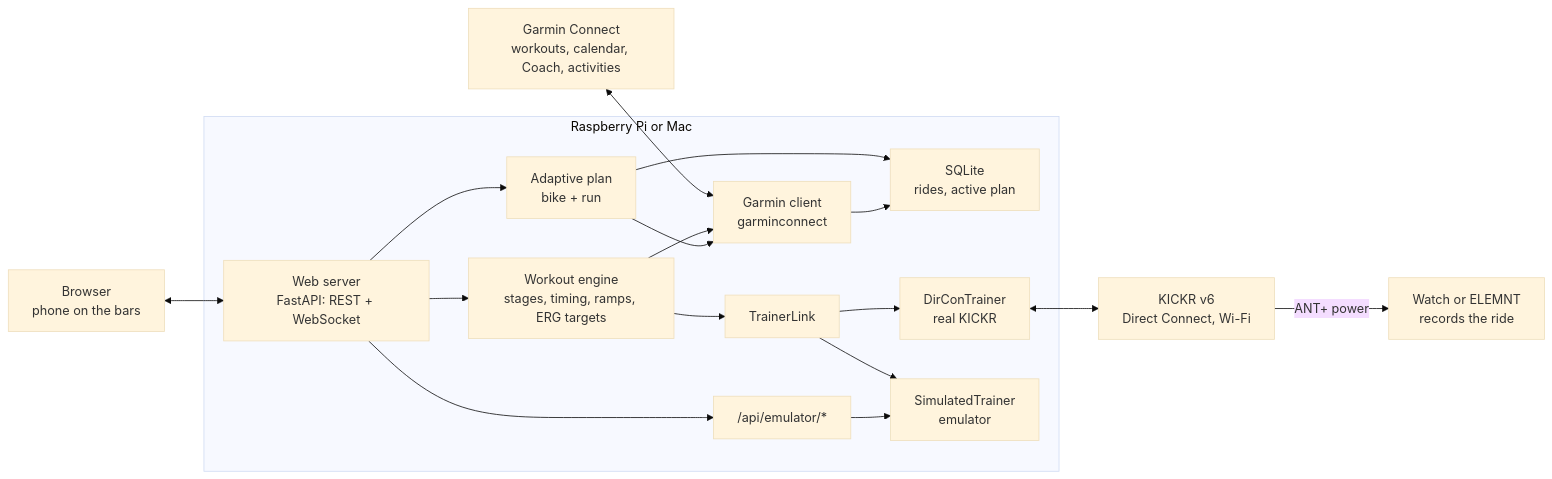
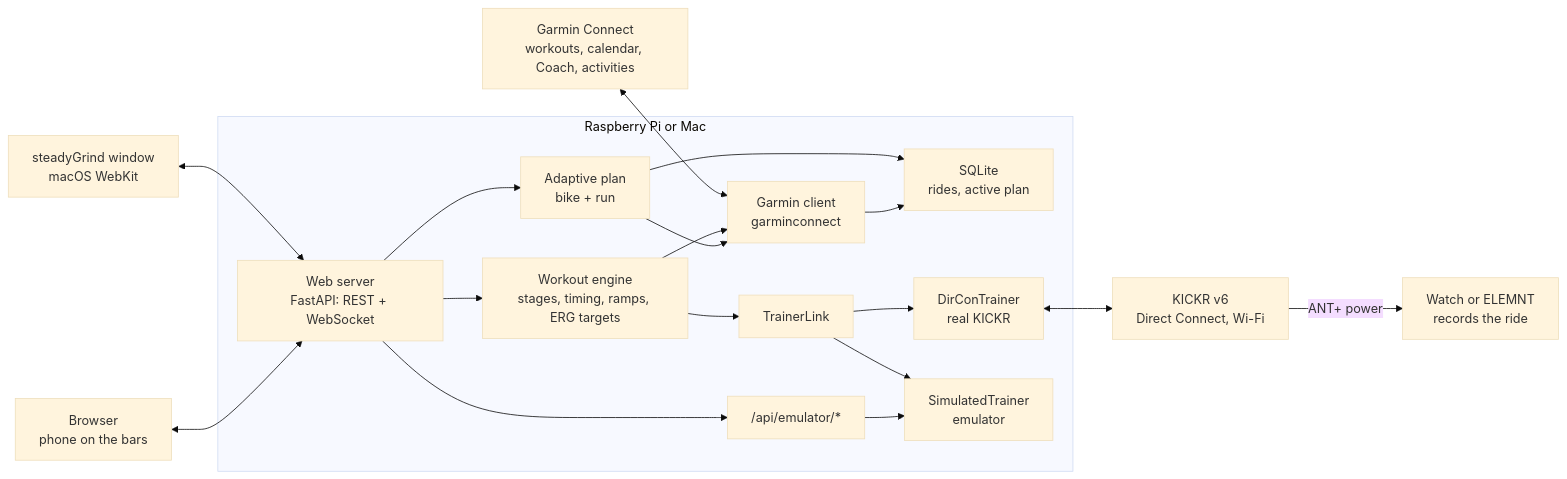
The first of 2 diagrams in specification/SPEC.md (attilameget/HomeWlanTrainer), drawn with Mermaid (base theme) before and after one commit. The commit also changed other lines of this file and 10 other files, not shown here.

First line of the commit message:
Open the macOS UI in a WebKit window

````diff
--- a/specification/SPEC.md
+++ b/specification/SPEC.md
@@ -71,20 +72,21 @@
 ```mermaid
 flowchart LR
+    MacWin["steadyGrind window<br/>macOS WebKit"] <--> Web
     Browser["Browser<br/>phone on the bars"] <--> Web
     GC["Garmin Connect<br/>workouts, calendar, Coach, activities"] <--> Garmin
     subgraph Host["Raspberry Pi or Mac"]
         Web["Web server<br/>FastAPI: REST + WebSocket"] --> Engine["Workout engine<br/>stages, timing, ramps, ERG targets"]
         Web --> Plan["Adaptive plan<br/>bike + run"]
         Engine --> Garmin["Garmin client<br/>garminconnect"]
         Plan --> Garmin
         Plan --> DB
         Engine --> Link["TrainerLink"]
         Link --> DirCon["DirConTrainer<br/>real KICKR"]
         Link --> Emu["SimulatedTrainer<br/>emulator"]
         Web --> EmuAPI["/api/emulator/*"]
         EmuAPI --> Emu
         Garmin --> DB["SQLite<br/>rides, active plan"]
     end
     DirCon <--> KICKR["KICKR v6<br/>Direct Connect, Wi-Fi"]
     KICKR -- "ANT+ power" --> Watch["Watch or ELEMNT<br/>records the ride"]
 ```
````
